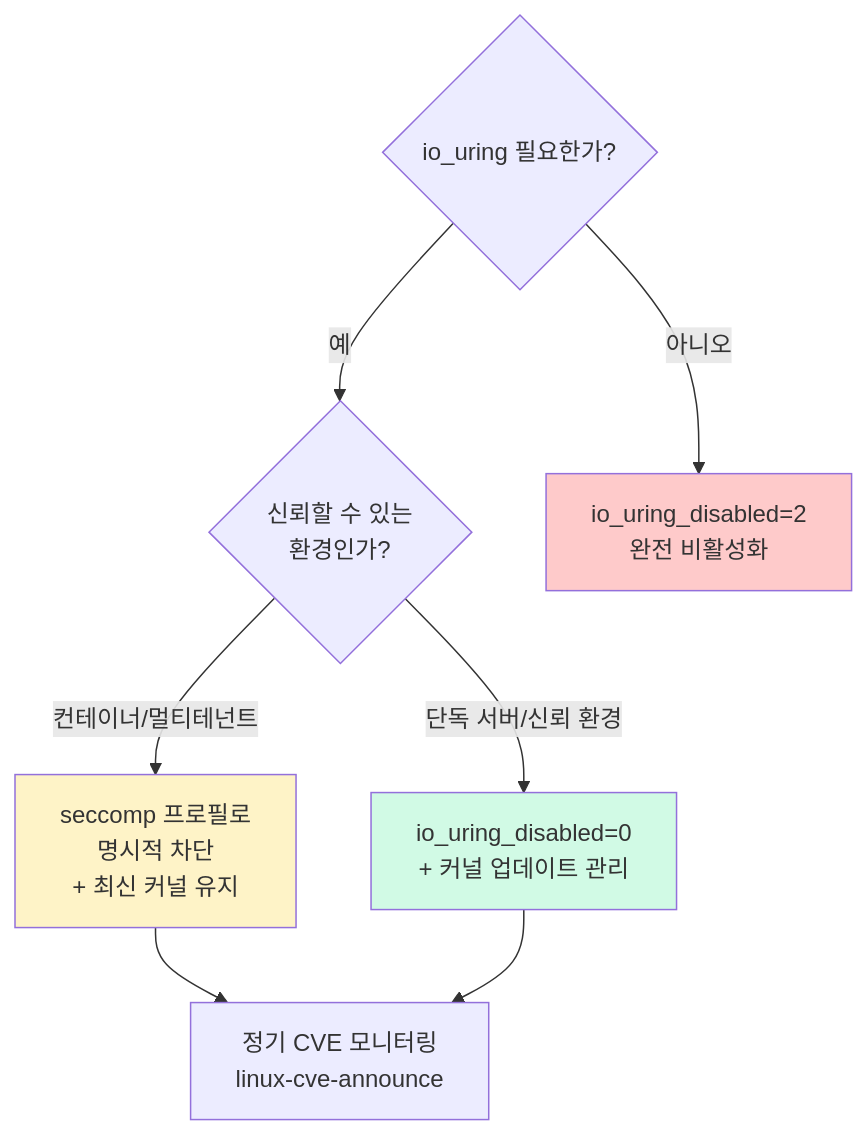
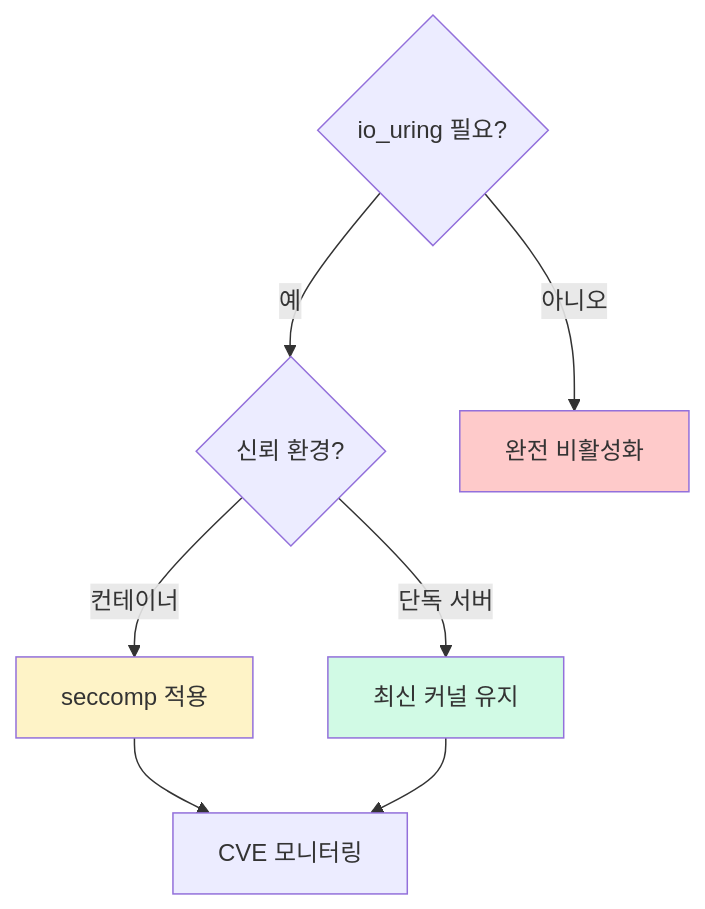
The fourth of 5 diagrams in content/linux/performance/io-uring.md (moonblueblue/devops-wiki), drawn with Mermaid before and after one commit. The commit also changed other lines of this file and 12 other files, not shown here.

First line of the commit message:
style: linux 섹션 전체 ASCII art 제거 및 Mermaid 규칙 적용

````diff
--- a/content/linux/performance/io-uring.md
+++ b/content/linux/performance/io-uring.md
@@ -632,16 +629,16 @@
 ```mermaid
 graph TD
-    Q1{"io_uring 필요한가?"}
-    Q1 -->|"예"| Q2{"신뢰할 수 있는<br/>환경인가?"}
-    Q1 -->|"아니오"| A1["io_uring_disabled=2<br/>완전 비활성화"]
+    Q1{"io_uring 필요?"}
+    Q1 -->|예| Q2{"신뢰 환경?"}
+    Q1 -->|아니오| A1["완전 비활성화"]
 
-    Q2 -->|"컨테이너/멀티테넌트"| A2["seccomp 프로필로<br/>명시적 차단<br/>+ 최신 커널 유지"]
-    Q2 -->|"단독 서버/신뢰 환경"| A3["io_uring_disabled=0<br/>+ 커널 업데이트 관리"]
+    Q2 -->|컨테이너| A2["seccomp 적용"]
+    Q2 -->|단독 서버| A3["최신 커널 유지"]
 
-    A2 --> A4["정기 CVE 모니터링<br/>linux-cve-announce"]
+    A2 --> A4["CVE 모니터링"]
     A3 --> A4
 
     style A1 fill:#fecaca
     style A2 fill:#fef3c7
     style A3 fill:#d1fae5
 ```
````
